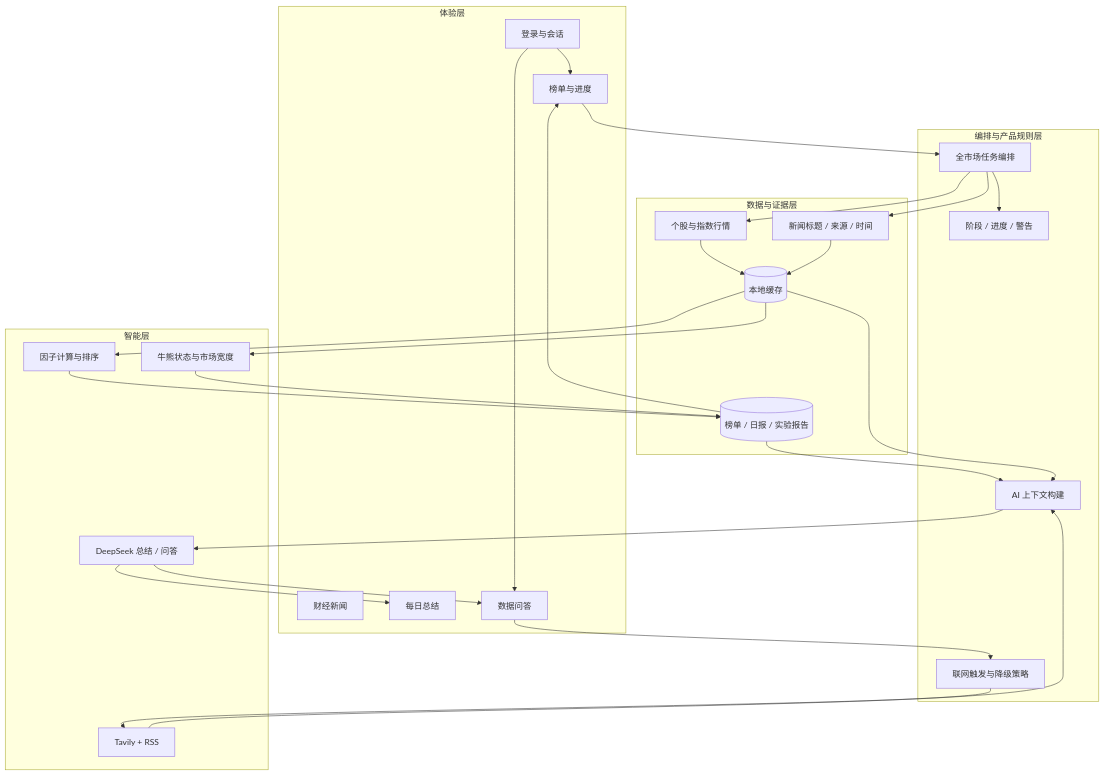
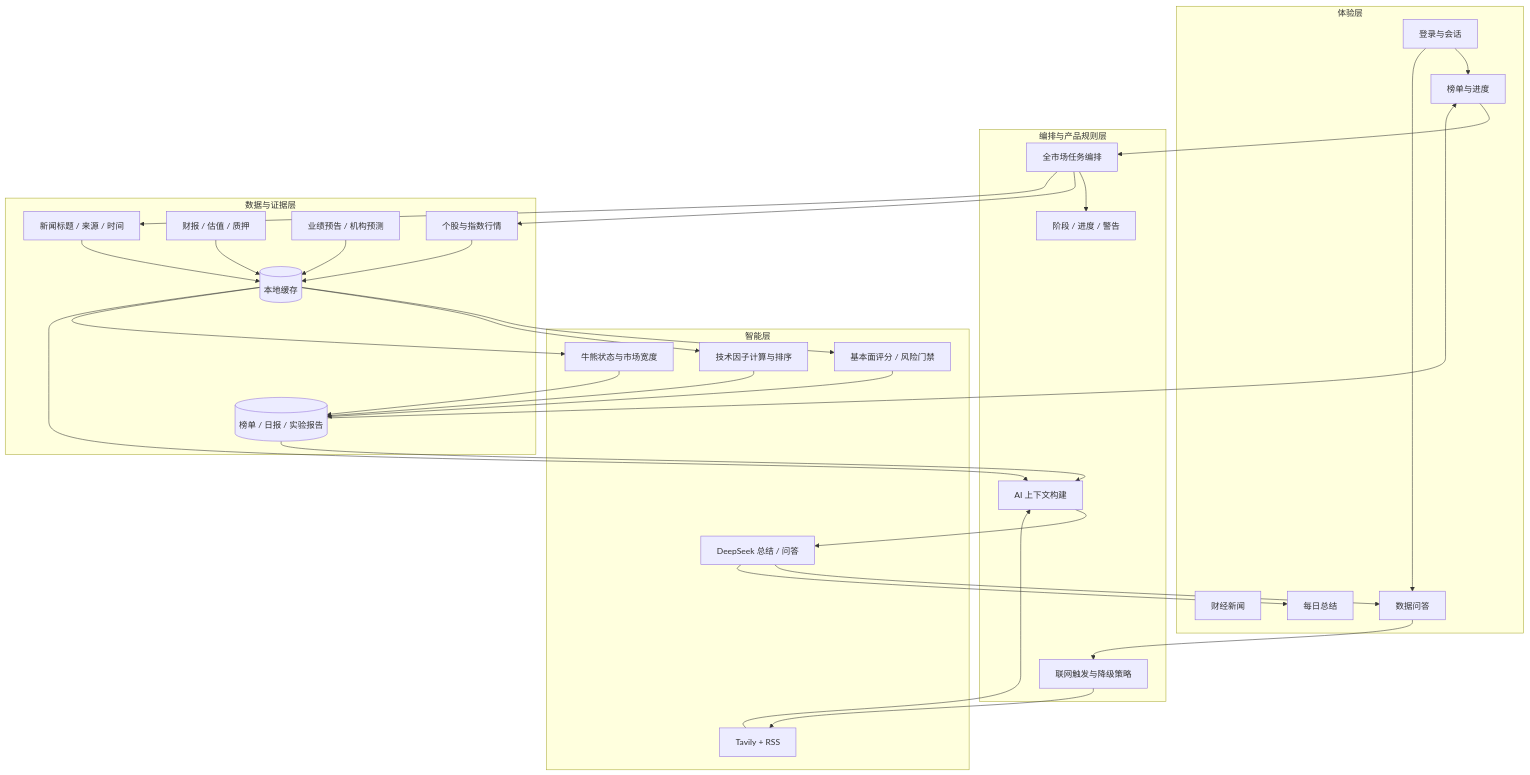
One commit to ross912/SG changed the first of 3 diagrams in docs/portfolio/ARCHITECTURE.md. Above: the diagram before and after it, drawn with Mermaid. The commit also changed other lines of this file and 22 other files, not shown here.

````diff
--- a/docs/portfolio/ARCHITECTURE.md
+++ b/docs/portfolio/ARCHITECTURE.md
@@ -5,53 +5,60 @@
 ```mermaid
 flowchart TB
     subgraph Experience[体验层]
         DASH[榜单与进度]
         NEWSUI[财经新闻]
         SUMMARY[每日总结]
         CHAT[数据问答]
         AUTH[登录与会话]
     end
 
     subgraph Orchestration[编排与产品规则层]
         PIPE[全市场任务编排]
         PROGRESS[阶段 / 进度 / 警告]
         CONTEXT[AI 上下文构建]
         POLICY[联网触发与降级策略]
     end
 
     subgraph Intelligence[智能层]
-        FACTOR[因子计算与排序]
+        FUND[基本面评分 / 风险门禁]
+        FACTOR[技术因子计算与排序]
         REGIME[牛熊状态与市场宽度]
         DEEPSEEK[DeepSeek 总结 / 问答]
         SEARCH[Tavily + RSS]
     end
 
     subgraph Data[数据与证据层]
         QUOTE[个股与指数行情]
+        FIN[财报 / 估值 / 质押]
+        FORWARD[业绩预告 / 机构预测]
         NEWS[新闻标题 / 来源 / 时间]
         CACHE[(本地缓存)]
         REPORT[(榜单 / 日报 / 实验报告)]
     end
 
     DASH --> PIPE
     PIPE --> PROGRESS
     PIPE --> QUOTE
     PIPE --> NEWS
     QUOTE --> CACHE
     NEWS --> CACHE
+    FIN --> CACHE
+    FORWARD --> CACHE
+    CACHE --> FUND
     CACHE --> FACTOR
     CACHE --> REGIME
+    FUND --> REPORT
     FACTOR --> REPORT
     REGIME --> REPORT
     REPORT --> DASH
     REPORT --> CONTEXT
     CACHE --> CONTEXT
     CHAT --> POLICY
     POLICY --> SEARCH
     SEARCH --> CONTEXT
     CONTEXT --> DEEPSEEK
     DEEPSEEK --> CHAT
     DEEPSEEK --> SUMMARY
     AUTH --> DASH
     AUTH --> CHAT
 ```
````
